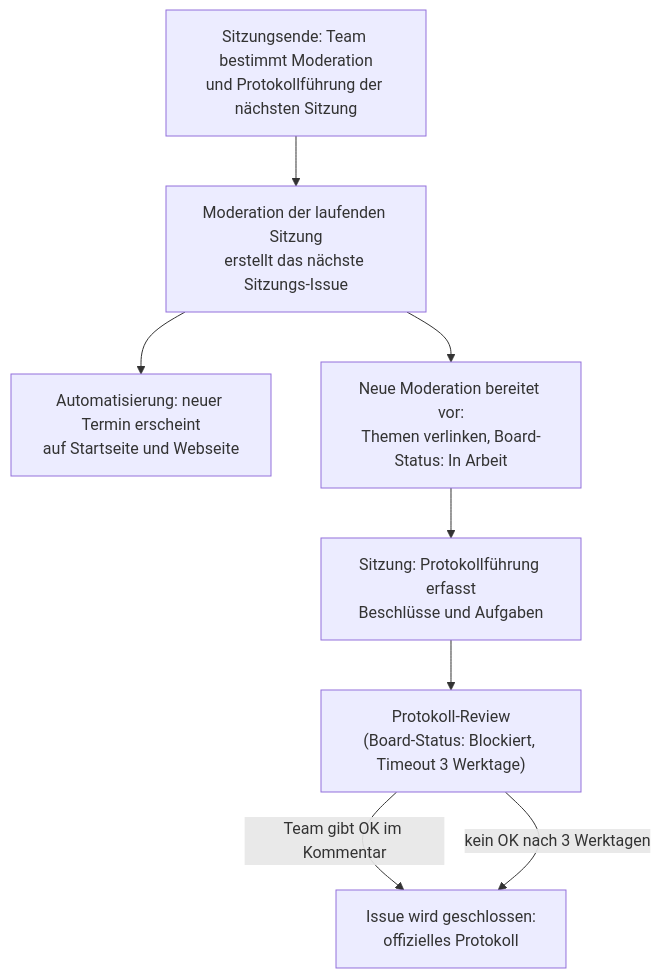
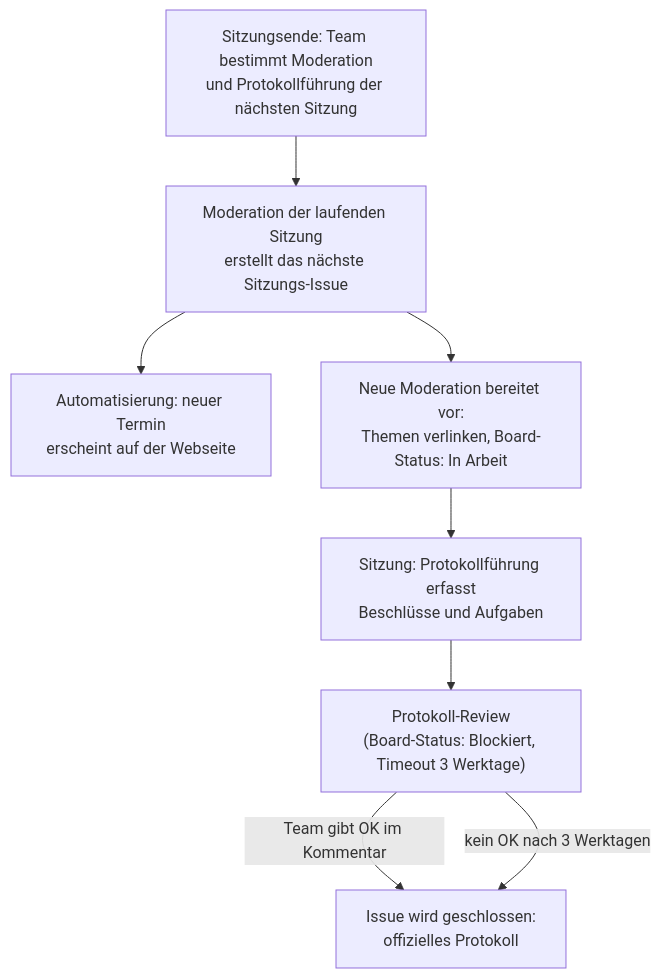
One commit to learn-wp-dach/learn-wp-dach-team changed the diagram in handbuch/Aufgaben und Sitzungsverwaltung/sitzung-durchfuehren.md. Above: the diagram before and after it, drawn with Mermaid. The commit also changed other lines of this file and 12 other files, not shown here.

Commit message:
Handbuch auf Organisation und Website umstellen, Umzugsdatum in setup.md

````diff
--- a/handbuch/Aufgaben und Sitzungsverwaltung/sitzung-durchfuehren.md
+++ b/handbuch/Aufgaben und Sitzungsverwaltung/sitzung-durchfuehren.md
@@ -21,10 +21,10 @@
 ```mermaid
 flowchart TD
     A["Sitzungsende: Team bestimmt Moderation<br>und Protokollführung der nächsten Sitzung"] --> B["Moderation der laufenden Sitzung<br>erstellt das nächste Sitzungs-Issue"]
-    B --> C["Automatisierung: neuer Termin erscheint<br>auf Startseite und Webseite"]
+    B --> C["Automatisierung: neuer Termin<br>erscheint auf der Webseite"]
     B --> D["Neue Moderation bereitet vor:<br>Themen verlinken, Board-Status: In Arbeit"]
     D --> E["Sitzung: Protokollführung erfasst<br>Beschlüsse und Aufgaben"]
     E --> F["Protokoll-Review<br>(Board-Status: Blockiert, Timeout 3 Werktage)"]
     F -->|"Team gibt OK im Kommentar"| G["Issue wird geschlossen:<br>offizielles Protokoll"]
     F -->|"kein OK nach 3 Werktagen"| G
 ```
````
